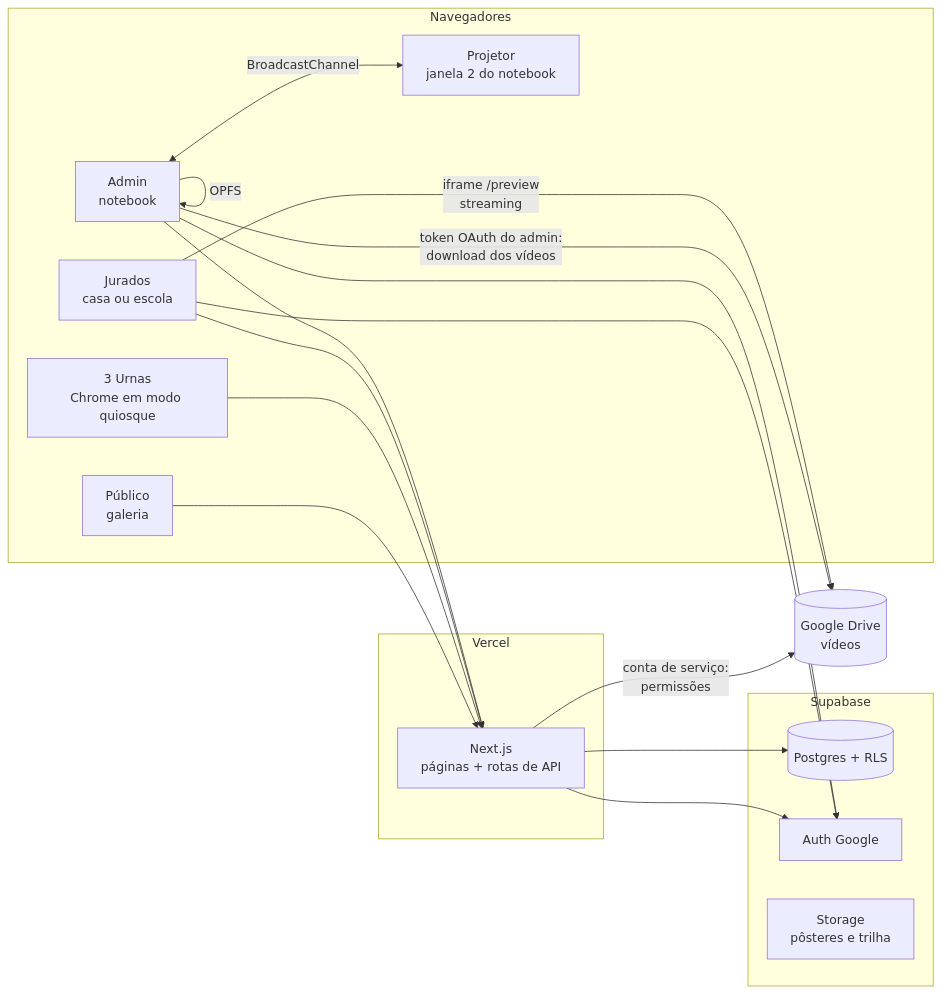
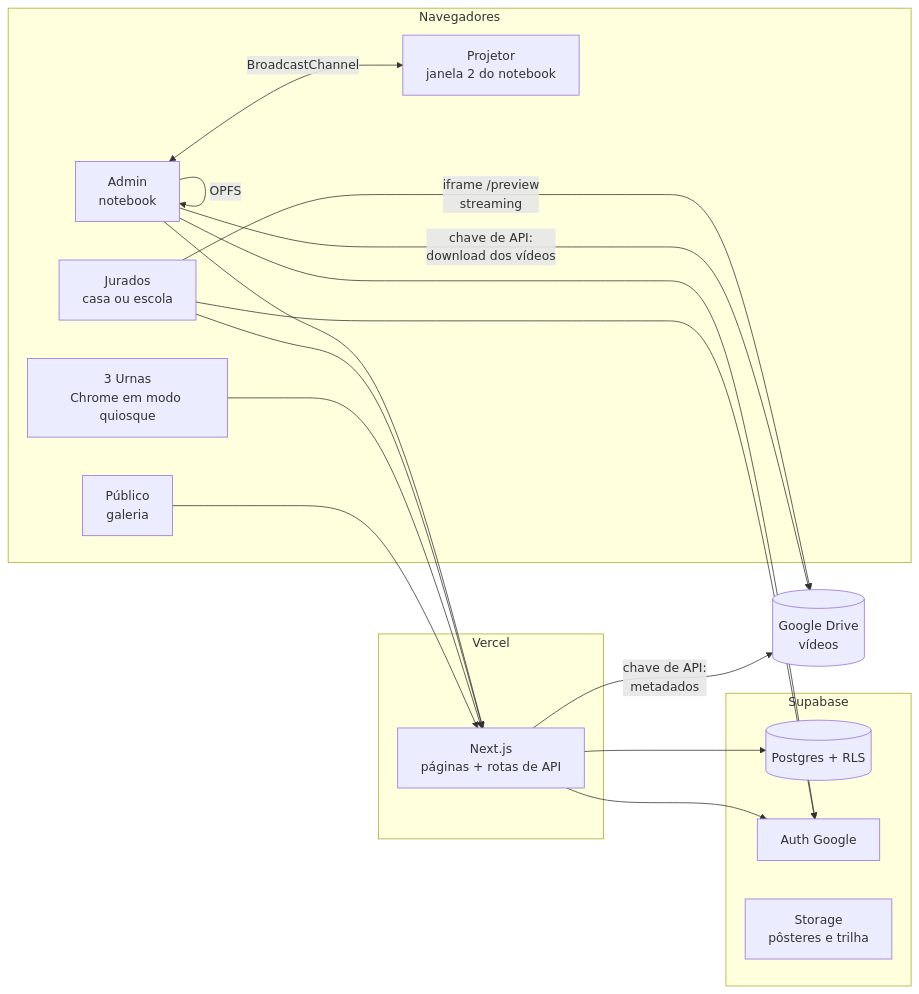
The diagram in docs/02-arquitetura.md (daniel3g/film-festival), drawn with Mermaid before and after one commit. The commit also changed other lines of this file and 8 other files, not shown here.

````diff
--- a/docs/02-arquitetura.md
+++ b/docs/02-arquitetura.md
@@ -21,32 +21,32 @@
 ```mermaid
 flowchart LR
   subgraph Navegadores
     A[Admin<br/>notebook]
     J[Jurados<br/>casa ou escola]
     U[3 Urnas<br/>Chrome em modo quiosque]
     P[Projetor<br/>janela 2 do notebook]
     G[Público<br/>galeria]
   end
 
   subgraph Vercel
     N[Next.js<br/>páginas + rotas de API]
   end
 
   subgraph Supabase
     DB[(Postgres + RLS)]
     AU[Auth Google]
     ST[Storage<br/>pôsteres e trilha]
   end
 
   GD[(Google Drive<br/>vídeos)]
 
   A & J & U & G --> N
   N --> DB
   N --> AU
   A & J --> AU
-  N -- conta de serviço:<br/>permissões --> GD
+  N -- chave de API:<br/>metadados --> GD
   J -- iframe /preview<br/>streaming --> GD
-  A -- token OAuth do admin:<br/>download dos vídeos --> GD
+  A -- chave de API:<br/>download dos vídeos --> GD
   A <-- BroadcastChannel --> P
   A -- OPFS --> A
 ```
````
